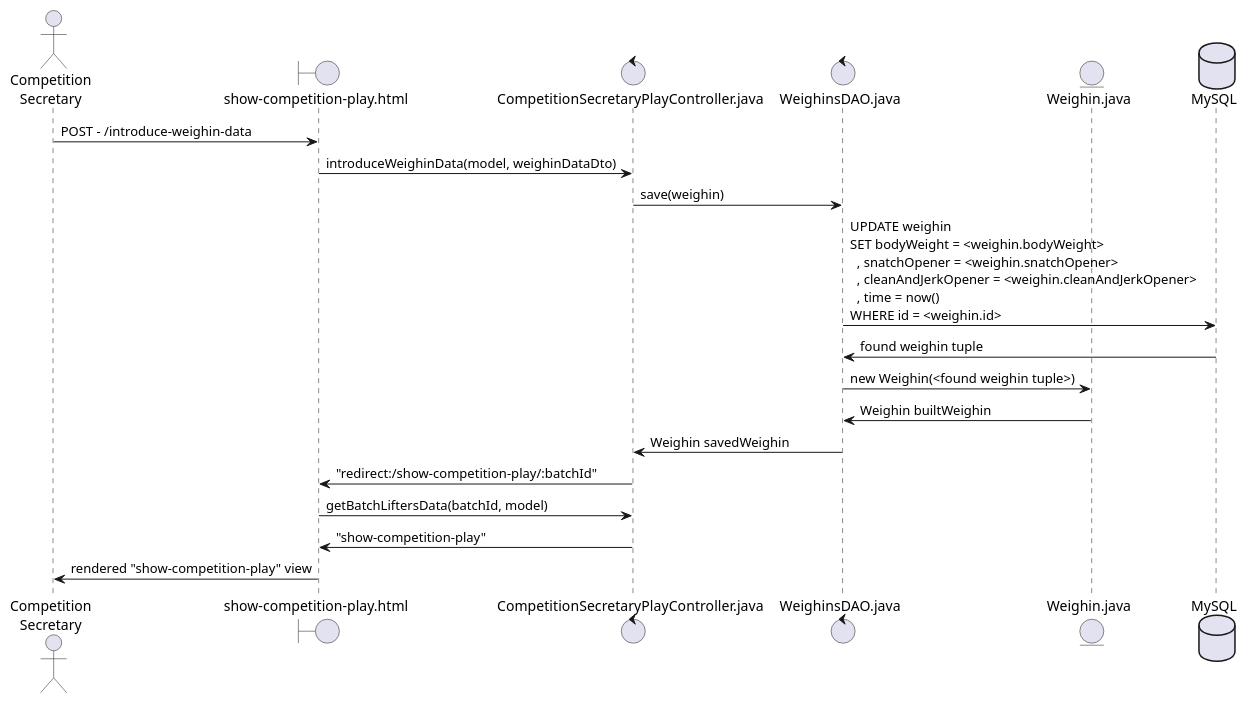
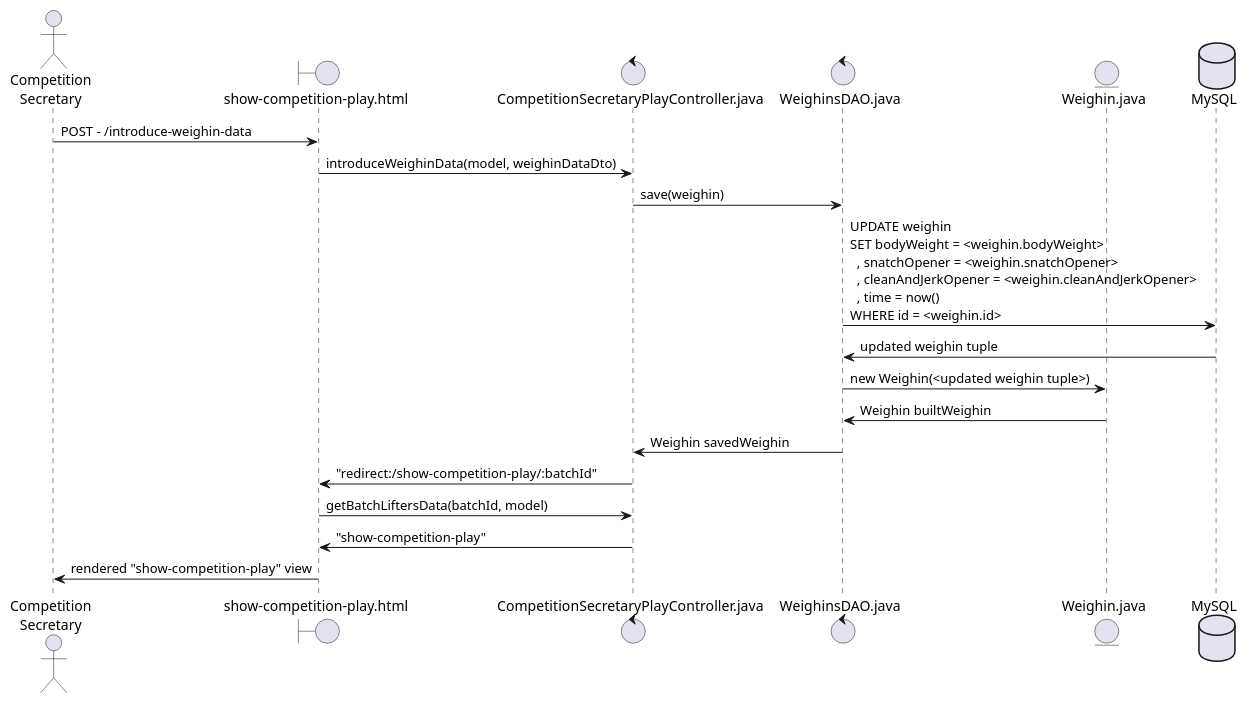
The diagram in documentation/diagrams/3_design/introduceWeighinData_sequence.puml (zuldare/mastercloud_pfm_halterocms), drawn with PlantUML before and after one commit. The commit also changed 1 other file, not shown here.

Commit message:
docs: add generic competition secreatary sequence UML diagram

```diff
--- a/documentation/diagrams/3_design/introduceWeighinData_sequence.puml
+++ b/documentation/diagrams/3_design/introduceWeighinData_sequence.puml
@@ -1,26 +1,26 @@
 @startuml
 
 actor user as "Competition\nSecretary"
 
 boundary CompetitionSecretaryPlayView as "show-competition-play.html"
 control CompetitionSecretaryPlayController as "CompetitionSecretaryPlayController.java"
 control WeighinsDAO as "WeighinsDAO.java"
 entity Weighin as "Weighin.java"
 database MySQL
 
 user -> CompetitionSecretaryPlayView : POST - /introduce-weighin-data
 CompetitionSecretaryPlayView -> CompetitionSecretaryPlayController : introduceWeighinData(model, weighinDataDto)
 CompetitionSecretaryPlayController -> WeighinsDAO : save(weighin)
 
 WeighinsDAO -> MySQL : UPDATE weighin \nSET bodyWeight = <weighin.bodyWeight> \n  , snatchOpener = <weighin.snatchOpener> \n  , cleanAndJerkOpener = <weighin.cleanAndJerkOpener> \n  , time = now() \nWHERE id = <weighin.id>
-WeighinsDAO <- MySQL : found weighin tuple
+WeighinsDAO <- MySQL : updated weighin tuple
 
-WeighinsDAO -> Weighin : new Weighin(<found weighin tuple>)
+WeighinsDAO -> Weighin : new Weighin(<updated weighin tuple>)
 WeighinsDAO <- Weighin : Weighin builtWeighin
 CompetitionSecretaryPlayController <- WeighinsDAO : Weighin savedWeighin
 CompetitionSecretaryPlayView <- CompetitionSecretaryPlayController : "redirect:/show-competition-play/:batchId"
 CompetitionSecretaryPlayView -> CompetitionSecretaryPlayController : getBatchLiftersData(batchId, model)
 CompetitionSecretaryPlayView <- CompetitionSecretaryPlayController : "show-competition-play"
 user <- CompetitionSecretaryPlayView : rendered "show-competition-play" view
 
 @enduml
```
